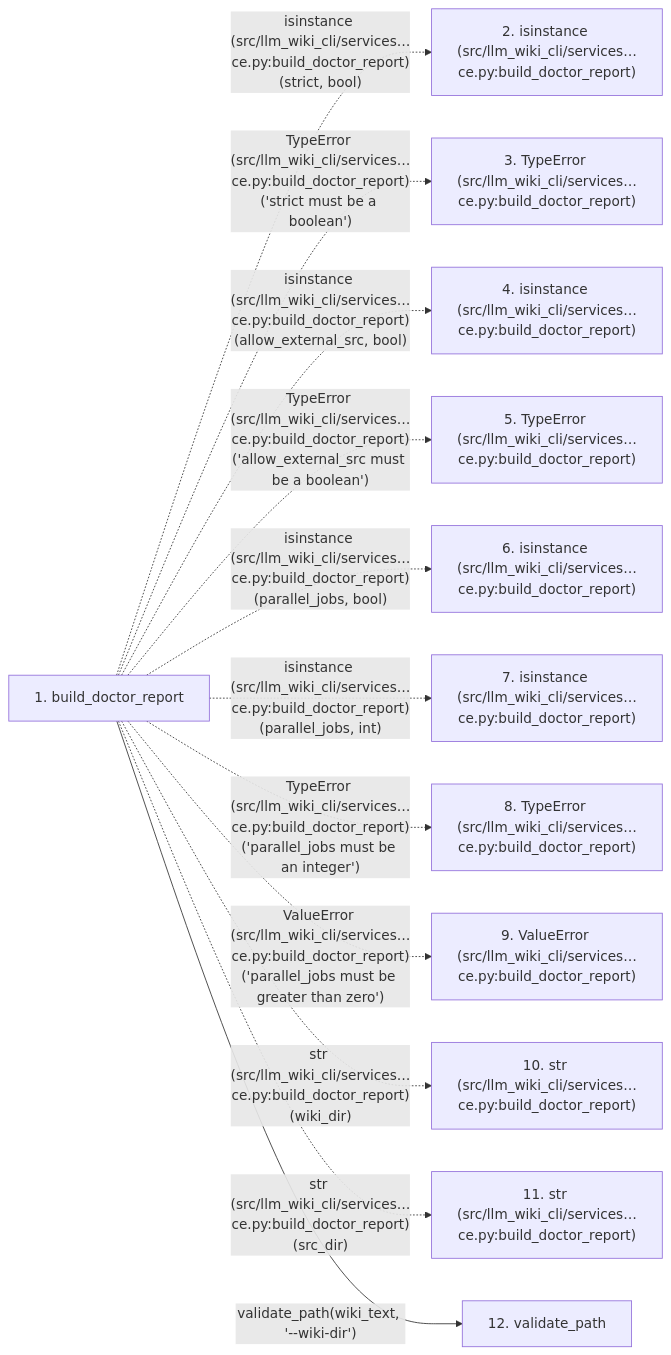
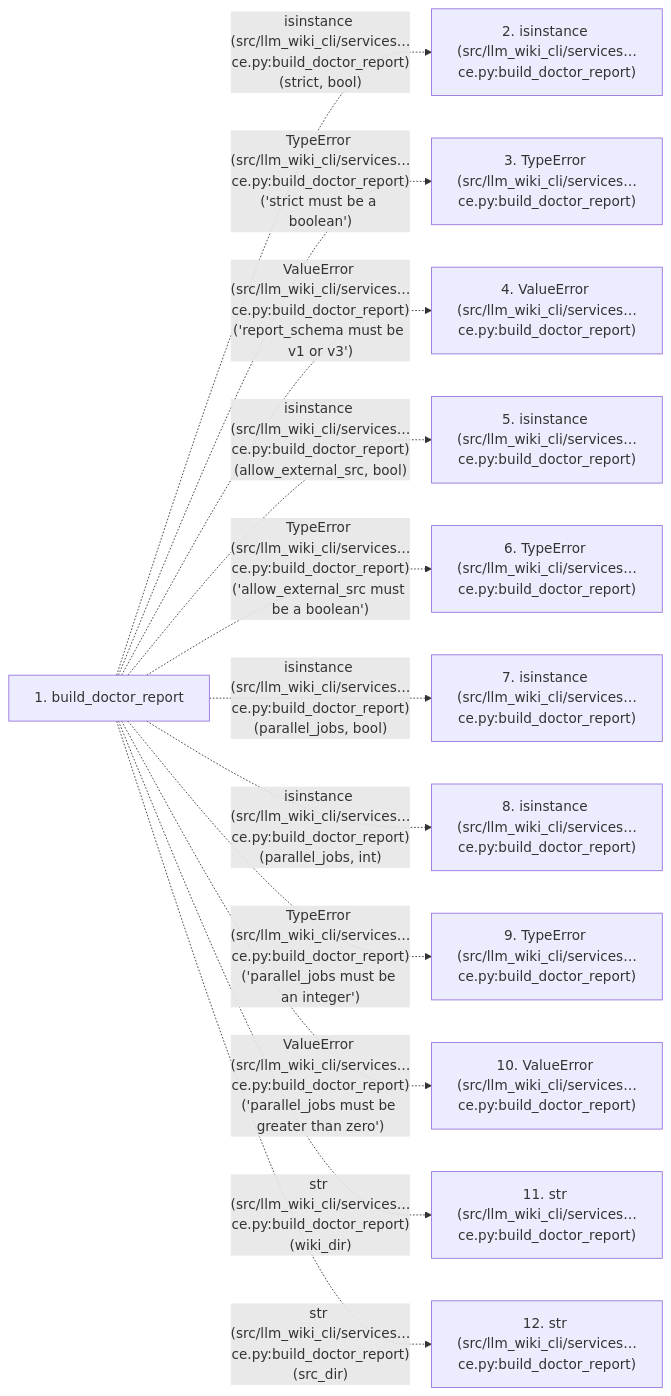
One commit to Denissvgn/python-wiki-llm changed the second of 2 diagrams in docs/llm_wiki/flows/api-build_doctor_report.md. Above: the diagram before and after it, drawn with Mermaid. The commit also changed other lines of this file and 463 other files, not shown here.

Commit message:
docs(wiki): synchronize captured health report contracts

````diff
--- a/docs/llm_wiki/flows/api-build_doctor_report.md
+++ b/docs/llm_wiki/flows/api-build_doctor_report.md
@@ -126,28 +127,27 @@
 ```mermaid
 flowchart LR
     s1["1. build_doctor_report"]
     s2["2. isinstance (src/llm_wiki_cli/services…ce.py:build_doctor_report)"]
     s3["3. TypeError (src/llm_wiki_cli/services…ce.py:build_doctor_report)"]
-    s4["4. isinstance (src/llm_wiki_cli/services…ce.py:build_doctor_report)"]
-    s5["5. TypeError (src/llm_wiki_cli/services…ce.py:build_doctor_report)"]
-    s6["6. isinstance (src/llm_wiki_cli/services…ce.py:build_doctor_report)"]
+    s4["4. ValueError (src/llm_wiki_cli/services…ce.py:build_doctor_report)"]
+    s5["5. isinstance (src/llm_wiki_cli/services…ce.py:build_doctor_report)"]
+    s6["6. TypeError (src/llm_wiki_cli/services…ce.py:build_doctor_report)"]
     s7["7. isinstance (src/llm_wiki_cli/services…ce.py:build_doctor_report)"]
-    s8["8. TypeError (src/llm_wiki_cli/services…ce.py:build_doctor_report)"]
-    s9["9. ValueError (src/llm_wiki_cli/services…ce.py:build_doctor_report)"]
-    s10["10. str (src/llm_wiki_cli/services…ce.py:build_doctor_report)"]
+    s8["8. isinstance (src/llm_wiki_cli/services…ce.py:build_doctor_report)"]
+    s9["9. TypeError (src/llm_wiki_cli/services…ce.py:build_doctor_report)"]
+    s10["10. ValueError (src/llm_wiki_cli/services…ce.py:build_doctor_report)"]
     s11["11. str (src/llm_wiki_cli/services…ce.py:build_doctor_report)"]
-    s12["12. validate_path"]
+    s12["12. str (src/llm_wiki_cli/services…ce.py:build_doctor_report)"]
     s1 -. "isinstance (src/llm_wiki_cli/services…ce.py:build_doctor_report)(strict, bool)" .-> s2
     s1 -. "TypeError (src/llm_wiki_cli/services…ce.py:build_doctor_report)('strict must be a boolean')" .-> s3
-    s1 -. "isinstance (src/llm_wiki_cli/services…ce.py:build_doctor_report)(allow_external_src, bool)" .-> s4
-    s1 -. "TypeError (src/llm_wiki_cli/services…ce.py:build_doctor_report)('allow_external_src must be a boolean')" .-> s5
-    s1 -. "isinstance (src/llm_wiki_cli/services…ce.py:build_doctor_report)(parallel_jobs, bool)" .-> s6
-    s1 -. "isinstance (src/llm_wiki_cli/services…ce.py:build_doctor_report)(parallel_jobs, int)" .-> s7
-    s1 -. "TypeError (src/llm_wiki_cli/services…ce.py:build_doctor_report)('parallel_jobs must be an integer')" .-> s8
-    s1 -. "ValueError (src/llm_wiki_cli/services…ce.py:build_doctor_report)('parallel_jobs must be greater than zero')" .-> s9
-    s1 -. "str (src/llm_wiki_cli/services…ce.py:build_doctor_report)(wiki_dir)" .-> s10
-    s1 -. "str (src/llm_wiki_cli/services…ce.py:build_doctor_report)(src_dir)" .-> s11
-    s1 -->|"validate_path(wiki_text, '--wiki-dir')"| s12
+    s1 -. "ValueError (src/llm_wiki_cli/services…ce.py:build_doctor_report)('report_schema must be v1 or v3')" .-> s4
+    s1 -. "isinstance (src/llm_wiki_cli/services…ce.py:build_doctor_report)(allow_external_src, bool)" .-> s5
+    s1 -. "TypeError (src/llm_wiki_cli/services…ce.py:build_doctor_report)('allow_external_src must be a boolean')" .-> s6
+    s1 -. "isinstance (src/llm_wiki_cli/services…ce.py:build_doctor_report)(parallel_jobs, bool)" .-> s7
+    s1 -. "isinstance (src/llm_wiki_cli/services…ce.py:build_doctor_report)(parallel_jobs, int)" .-> s8
+    s1 -. "TypeError (src/llm_wiki_cli/services…ce.py:build_doctor_report)('parallel_jobs must be an integer')" .-> s9
+    s1 -. "ValueError (src/llm_wiki_cli/services…ce.py:build_doctor_report)('parallel_jobs must be greater than zero')" .-> s10
+    s1 -. "str (src/llm_wiki_cli/services…ce.py:build_doctor_report)(wiki_dir)" .-> s11
+    s1 -. "str (src/llm_wiki_cli/services…ce.py:build_doctor_report)(src_dir)" .-> s12
     click s1 "../modules/doctor_service.md"
-    click s12 "../modules/config.md"
 ```
````
